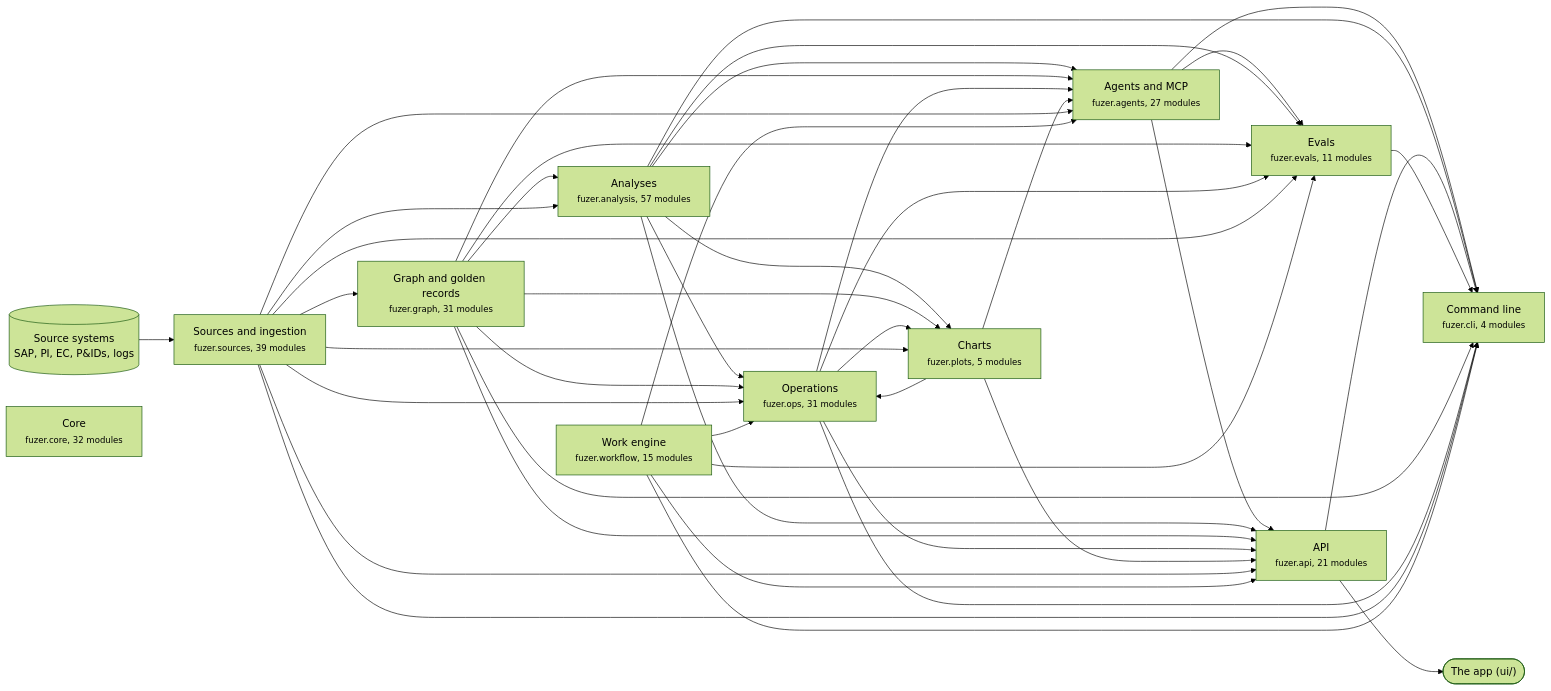
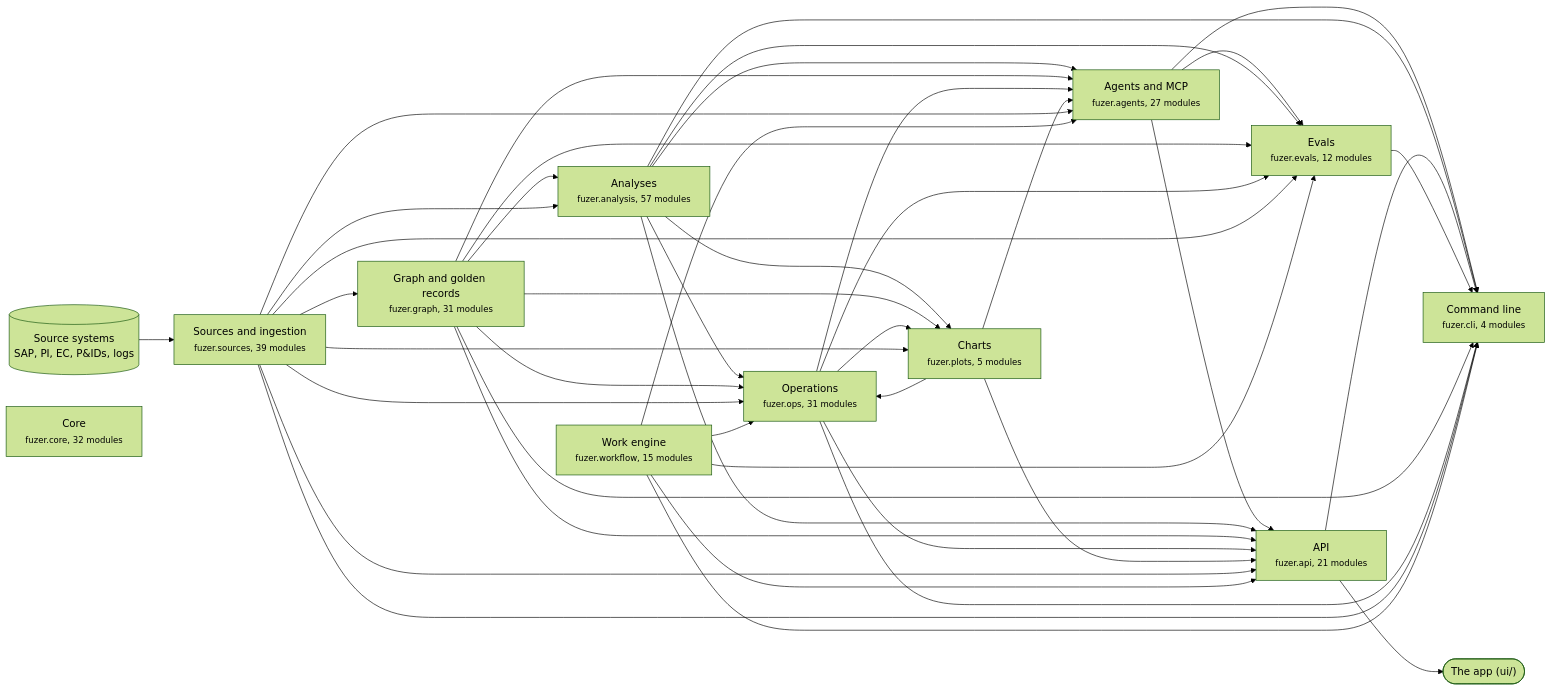
The first of 3 diagrams in docs/architecture.md (areed145/fuzer), drawn with Mermaid (forest theme) before and after one commit. The commit also changed other lines of this file and 11 other files, not shown here.

First line of the commit message:
Check change detection against the PRONTO flow rig's labelled faults (#904) (#908)

````diff
--- a/docs/architecture.md
+++ b/docs/architecture.md
@@ -8,67 +8,67 @@
 ```mermaid
 flowchart LR
   systems[("Source systems<br>SAP, PI, EC, P&IDs, logs")] --> c_sources
   app(["The app (ui/)"])
   c_api --> app
   c_sources["Sources and ingestion<br><small>fuzer.sources, 39 modules</small>"]
   c_graph["Graph and golden records<br><small>fuzer.graph, 31 modules</small>"]
   c_analysis["Analyses<br><small>fuzer.analysis, 57 modules</small>"]
   c_ops["Operations<br><small>fuzer.ops, 31 modules</small>"]
   c_plots["Charts<br><small>fuzer.plots, 5 modules</small>"]
   c_workflow["Work engine<br><small>fuzer.workflow, 15 modules</small>"]
   c_agents["Agents and MCP<br><small>fuzer.agents, 27 modules</small>"]
-  c_evals["Evals<br><small>fuzer.evals, 11 modules</small>"]
+  c_evals["Evals<br><small>fuzer.evals, 12 modules</small>"]
   c_api["API<br><small>fuzer.api, 21 modules</small>"]
   c_cli["Command line<br><small>fuzer.cli, 4 modules</small>"]
   c_core["Core<br><small>fuzer.core, 32 modules</small>"]
   c_sources --> c_graph
   c_graph --> c_analysis
   c_sources --> c_analysis
   c_analysis --> c_ops
   c_graph --> c_ops
   c_plots --> c_ops
   c_sources --> c_ops
   c_workflow --> c_ops
   c_analysis --> c_plots
   c_graph --> c_plots
   c_ops --> c_plots
   c_sources --> c_plots
   c_analysis --> c_agents
   c_graph --> c_agents
   c_ops --> c_agents
   c_plots --> c_agents
   c_sources --> c_agents
   c_workflow --> c_agents
   c_agents --> c_evals
   c_analysis --> c_evals
   c_graph --> c_evals
   c_ops --> c_evals
   c_sources --> c_evals
   c_workflow --> c_evals
   c_agents --> c_api
   c_analysis --> c_api
   c_graph --> c_api
   c_ops --> c_api
   c_plots --> c_api
   c_sources --> c_api
   c_workflow --> c_api
   c_agents --> c_cli
   c_analysis --> c_cli
   c_api --> c_cli
   c_evals --> c_cli
   c_graph --> c_cli
   c_ops --> c_cli
   c_sources --> c_cli
   c_workflow --> c_cli
   click c_sources "https://github.com/areed145/fuzer/tree/main/src/fuzer/sources"
   click c_graph "https://github.com/areed145/fuzer/tree/main/src/fuzer/graph"
   click c_analysis "https://github.com/areed145/fuzer/tree/main/src/fuzer/analysis"
   click c_ops "https://github.com/areed145/fuzer/tree/main/src/fuzer/ops"
   click c_plots "https://github.com/areed145/fuzer/tree/main/src/fuzer/plots"
   click c_workflow "https://github.com/areed145/fuzer/tree/main/src/fuzer/workflow"
   click c_agents "https://github.com/areed145/fuzer/tree/main/src/fuzer/agents"
   click c_evals "https://github.com/areed145/fuzer/tree/main/src/fuzer/evals"
   click c_api "https://github.com/areed145/fuzer/tree/main/src/fuzer/api"
   click c_cli "https://github.com/areed145/fuzer/tree/main/src/fuzer/cli"
   click c_core "https://github.com/areed145/fuzer/tree/main/src/fuzer/core"
 ```
````
